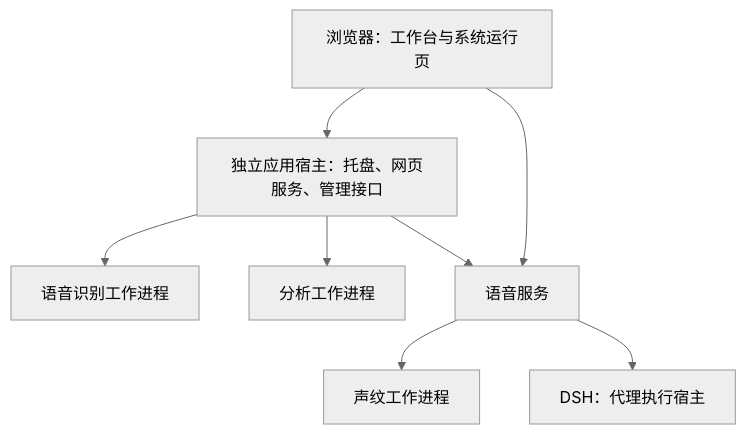
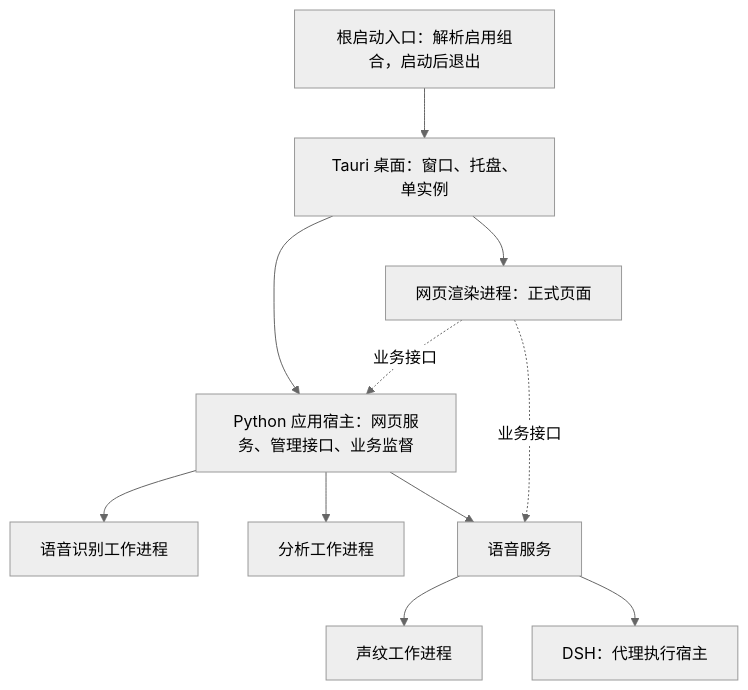
Before and after one commit to wet86y/voice-terminal: the diagram in docs/architecture.md, drawn with Mermaid (neutral theme). The commit also changed other lines of this file and 115 other files, not shown here.

````diff
--- a/docs/architecture.md
+++ b/docs/architecture.md
@@ -11,10 +11,13 @@
 ```mermaid
 flowchart TD
-    A[独立应用宿主：托盘、网页服务、管理接口] --> B[语音识别工作进程]
+    R[根启动入口：解析启用组合，启动后退出] --> T[Tauri 桌面：窗口、托盘、单实例]
+    T --> A[Python 应用宿主：网页服务、管理接口、业务监督]
+    T --> W[网页渲染进程：正式页面]
+    A --> B[语音识别工作进程]
     A --> C[分析工作进程]
     A --> D[语音服务]
     D --> E[声纹工作进程]
     D --> F[DSH：代理执行宿主]
-    G[浏览器：工作台与系统运行页] --> A
-    G --> D
+    W -.业务接口.-> A
+    W -.业务接口.-> D
 ```
````
